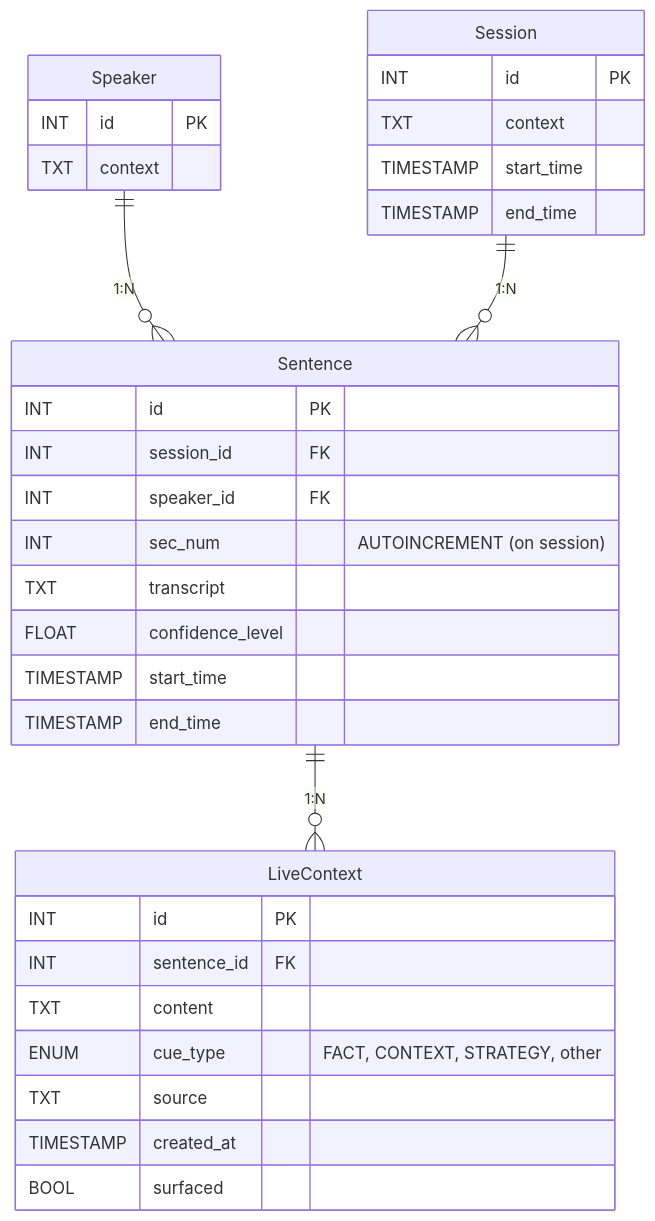
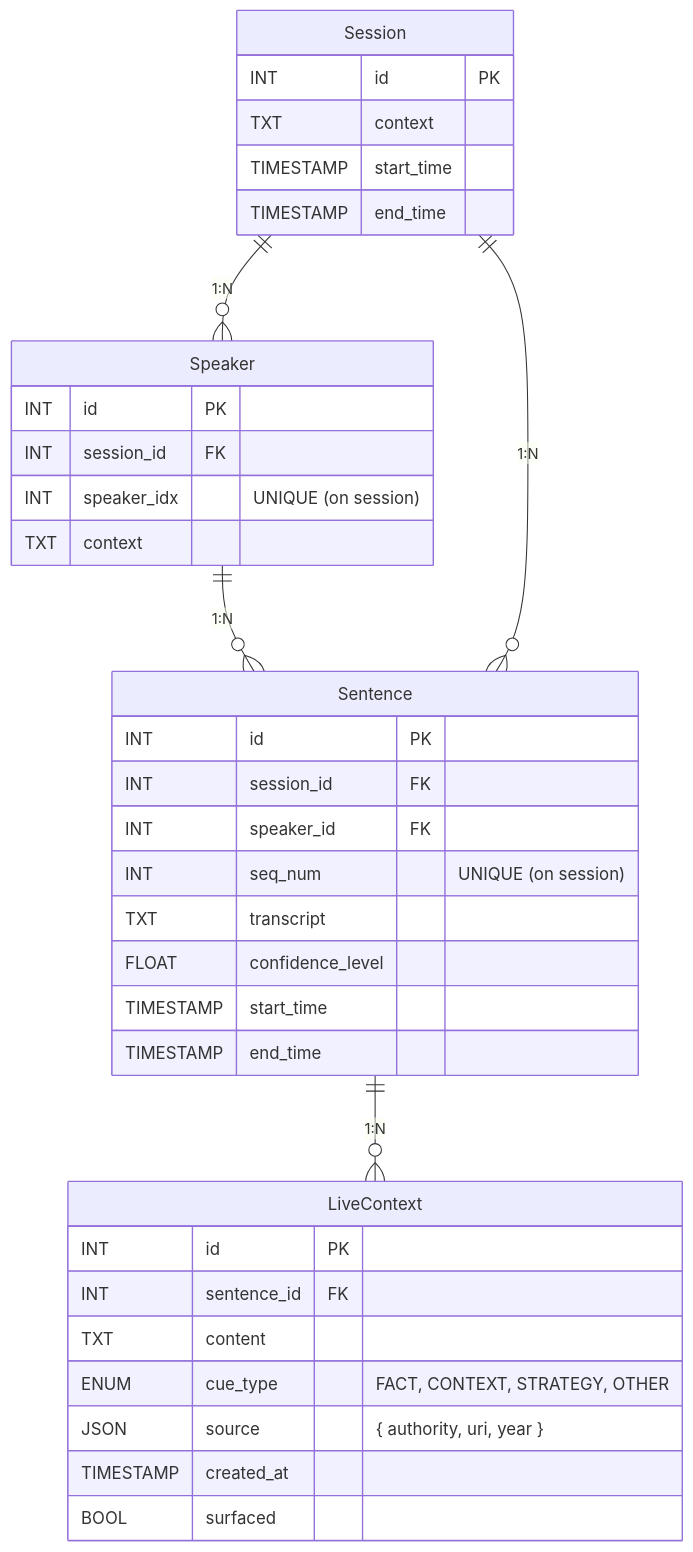
Before and after one commit to Teinc3/Auricue: the second of 2 diagrams in docs/design.md, drawn with Mermaid. The commit also changed other lines of this file and 3 other files, not shown here.

````diff
--- a/docs/design.md
+++ b/docs/design.md
@@ -61,39 +61,42 @@
 ```mermaid
 erDiagram
+    Session ||--o{ Speaker : "1:N"
     Speaker ||--o{ Sentence : "1:N"
     Session ||--o{ Sentence : "1:N"
     Sentence ||--o{ LiveContext : "1:N"
 
     Speaker {
         INT id PK
+        INT session_id FK
+        INT speaker_idx "UNIQUE (on session)"
         TXT context
     }
 
     Session {
         INT id PK
         TXT context
         TIMESTAMP start_time
         TIMESTAMP end_time
     }
 
     Sentence {
         INT id PK
         INT session_id FK
         INT speaker_id FK
-        INT sec_num "AUTOINCREMENT (on session)"
+        INT seq_num "UNIQUE (on session)"
         TXT transcript
         FLOAT confidence_level
         TIMESTAMP start_time
         TIMESTAMP end_time
     }
 
     LiveContext {
         INT id PK
         INT sentence_id FK
         TXT content
-        ENUM cue_type "FACT, CONTEXT, STRATEGY, other"
-        TXT source
+        ENUM cue_type "FACT, CONTEXT, STRATEGY, OTHER"
+        JSON source "{ authority, uri, year }"
         TIMESTAMP created_at
         BOOL surfaced
     }
 ```
````
